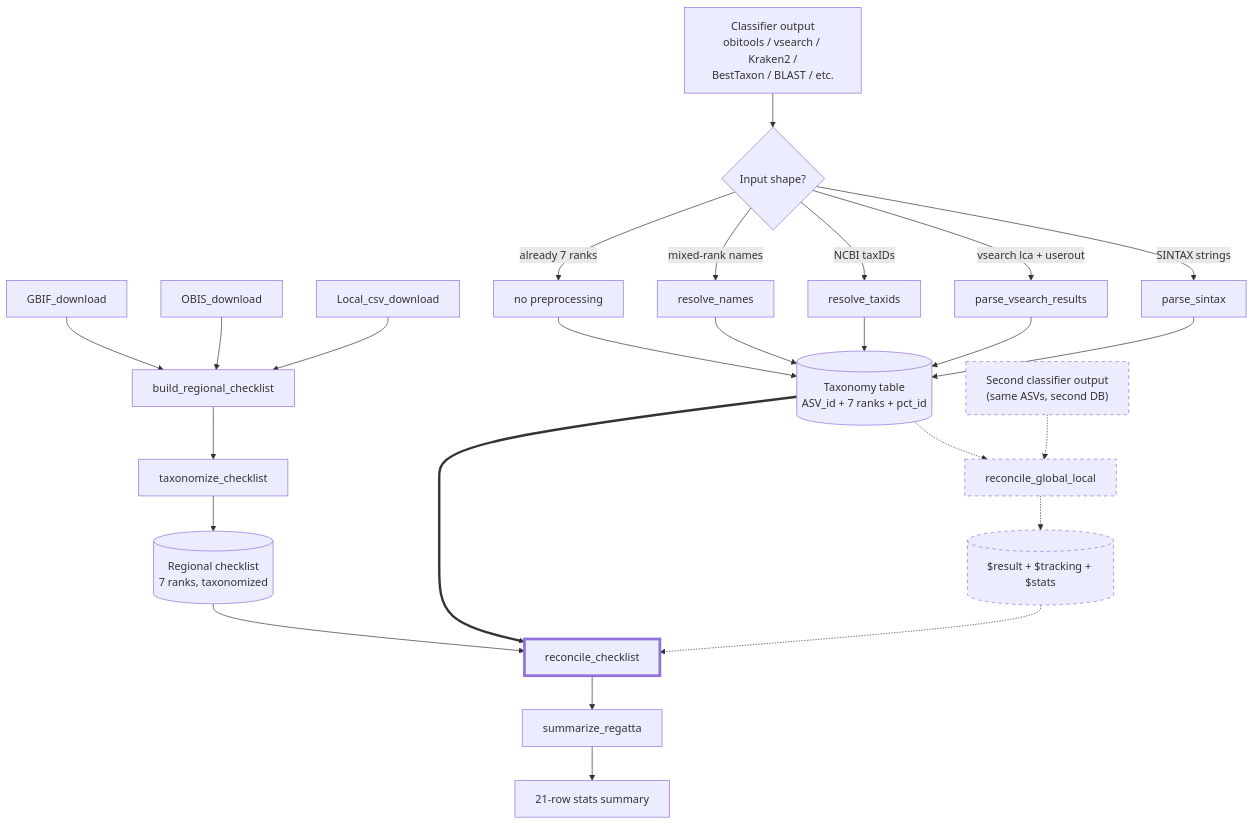
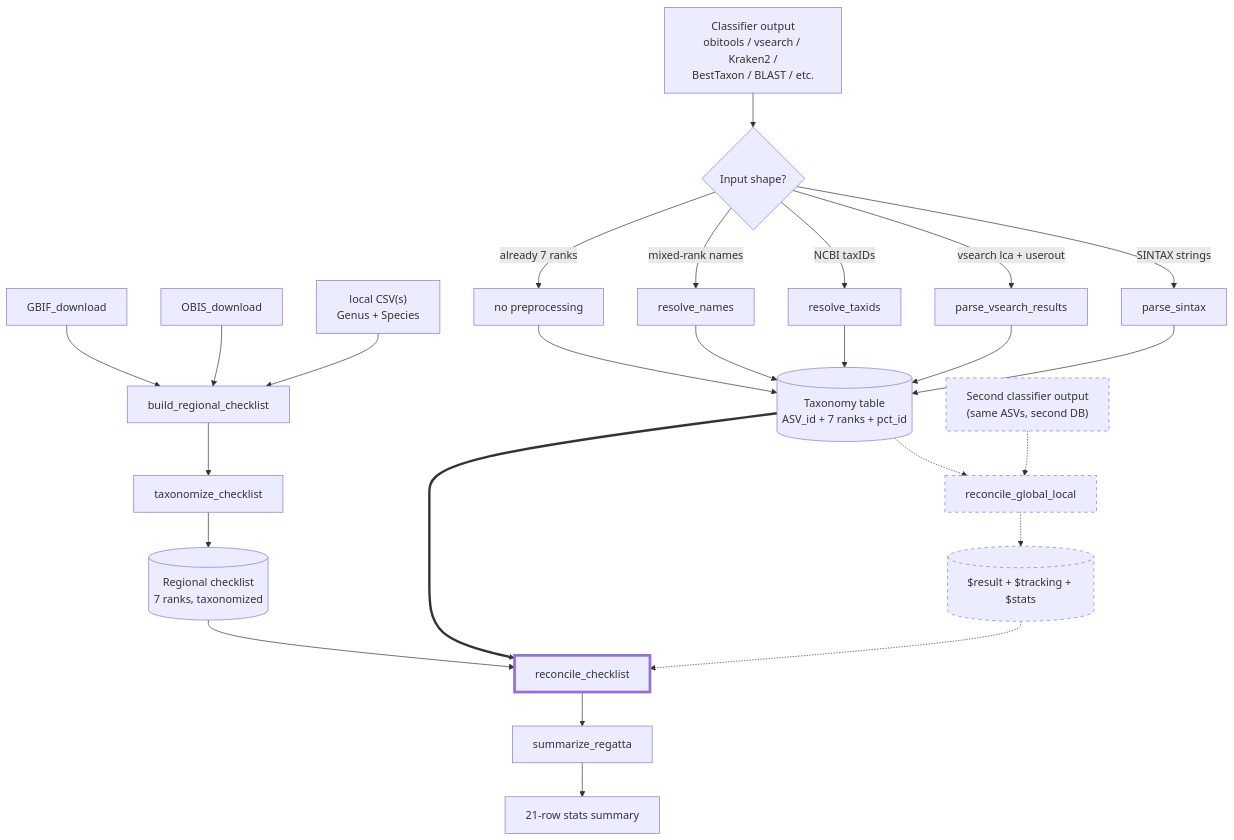
The diagram in README.md (EWisely/REGATTA), drawn with Mermaid before and after one commit. The commit also changed other lines of this file and 6 other files, not shown here.

First line of the commit message:
Fold local-CSV import into build_regional_checklist; remove Local_csv_download

````diff
--- a/README.md
+++ b/README.md
@@ -77,35 +77,35 @@
 ```mermaid
 flowchart TD
     A[GBIF_download] --> D[build_regional_checklist]
     B[OBIS_download] --> D
-    C[Local_csv_download] --> D
+    C["local CSV(s)<br/>Genus + Species"] --> D
     D --> E[taxonomize_checklist]
     E --> F[("Regional checklist<br/>7 ranks, taxonomized")]
 
     G["Classifier output<br/>obitools / vsearch / Kraken2 /<br/>BestTaxon / BLAST / etc."] --> H{Input shape?}
     H -->|SINTAX strings| I[parse_sintax]
     H -->|"vsearch lca + userout"| I2[parse_vsearch_results]
     H -->|NCBI taxIDs| J[resolve_taxids]
     H -->|mixed-rank names| N1[resolve_names]
     H -->|already 7 ranks| K[no preprocessing]
     I --> L[("Taxonomy table<br/>ASV_id + 7 ranks + pct_id")]
     I2 --> L
     J --> L
     N1 --> L
     K --> L
 
     L2["Second classifier output<br/>(same ASVs, second DB)"] -.-> Q[reconcile_global_local]
     L -.-> Q
     Q -.-> R1[("$result + $tracking + $stats")]
     R1 -.-> M
 
     F --> M[reconcile_checklist]
     L ==> M
     M --> S[summarize_regatta]
     S --> T["21-row stats summary"]
 
     style L2 stroke-dasharray: 5 5
     style Q  stroke-dasharray: 5 5
     style R1 stroke-dasharray: 5 5
     style M  stroke-width:4px
 ```
````
